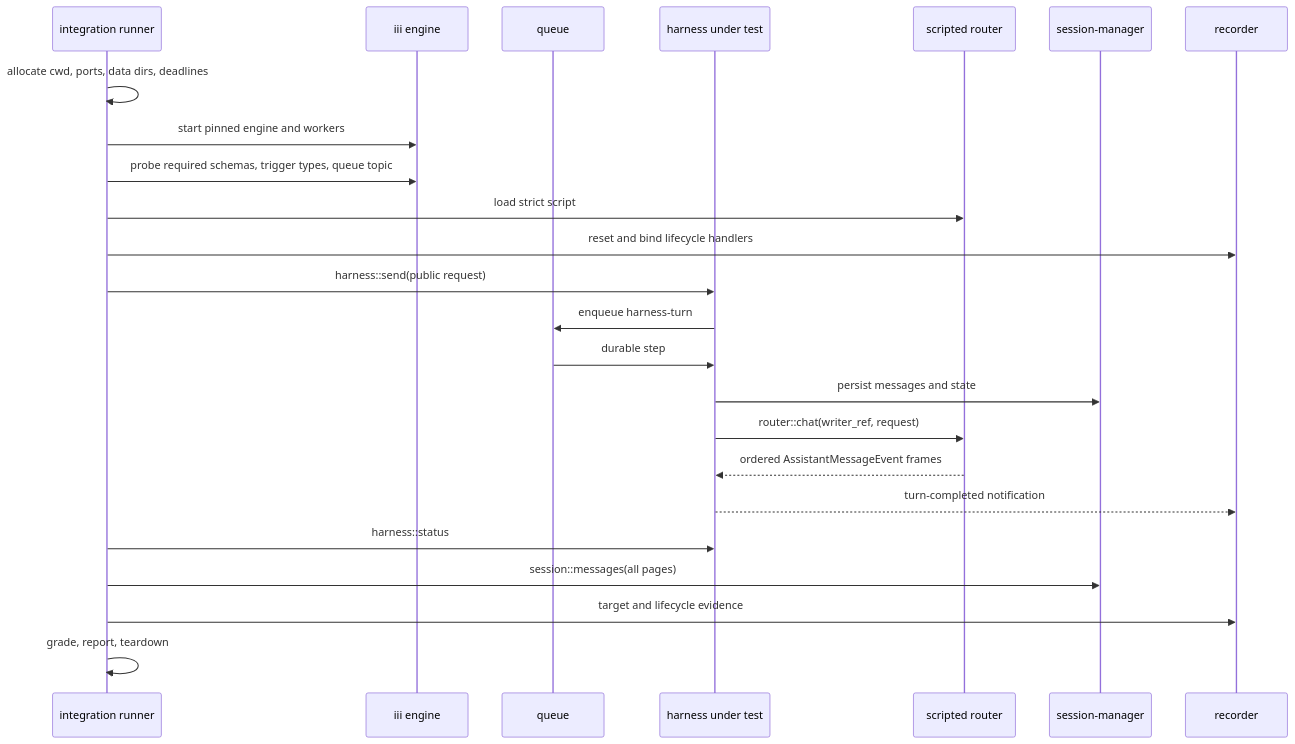
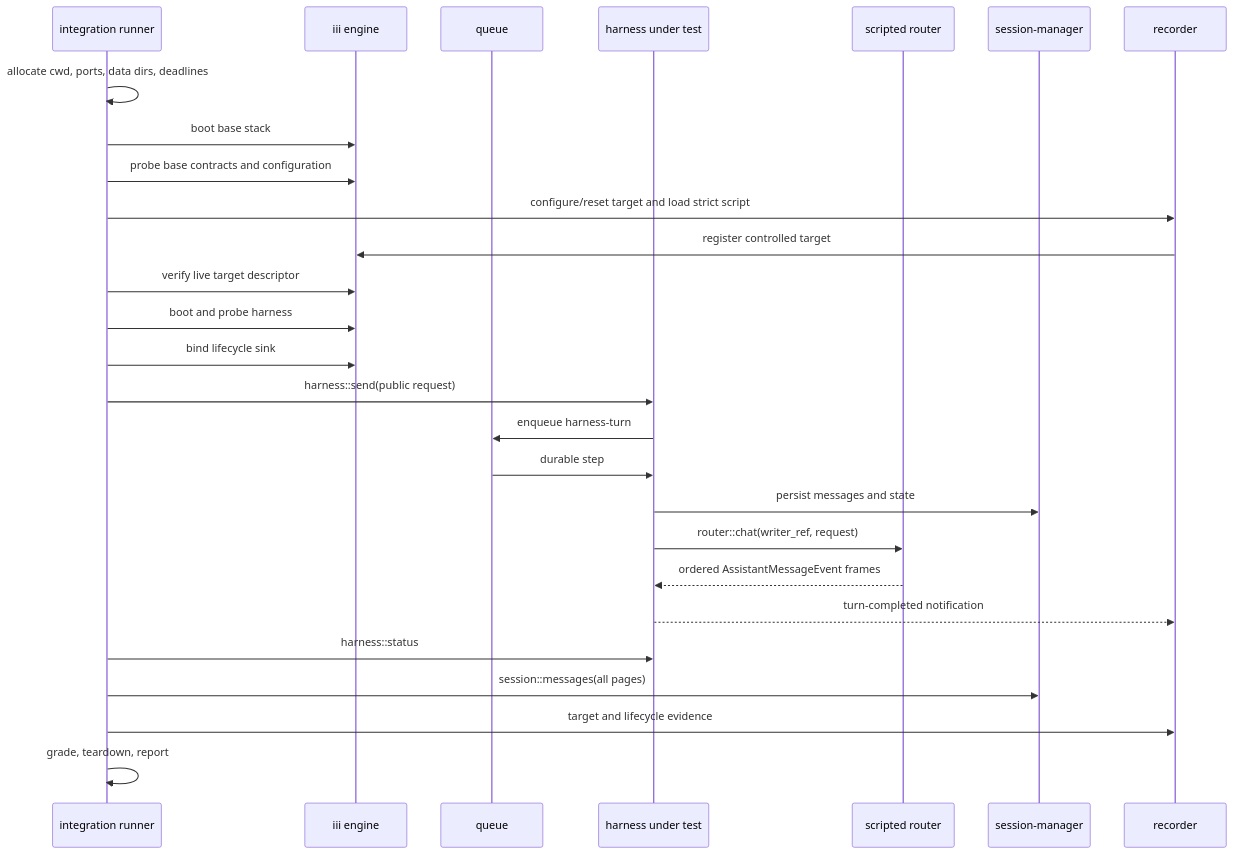
The diagram in tech-specs/2026-07-15-harness-evaluation/integration-e2e.md (iii-hq/iii), drawn with Mermaid before and after one commit. The commit also changed other lines of this file and 22 other files, not shown here.

````diff
--- a/tech-specs/2026-07-15-harness-evaluation/integration-e2e.md
+++ b/tech-specs/2026-07-15-harness-evaluation/integration-e2e.md
@@ -108,27 +123,30 @@
 ```mermaid
 sequenceDiagram
   participant R as integration runner
   participant E as iii engine
   participant Q as queue
   participant H as harness under test
   participant X as scripted router
   participant S as session-manager
   participant C as recorder
 
   R->>R: allocate cwd, ports, data dirs, deadlines
-  R->>E: start pinned engine and workers
-  R->>E: probe required schemas, trigger types, queue topic
-  R->>X: load strict script
-  R->>C: reset and bind lifecycle handlers
+  R->>E: boot base stack
+  R->>E: probe base contracts and configuration
+  R->>C: configure/reset target and load strict script
+  C->>E: register controlled target
+  R->>E: verify live target descriptor
+  R->>E: boot and probe harness
+  R->>E: bind lifecycle sink
   R->>H: harness::send(public request)
   H->>Q: enqueue harness-turn
   Q->>H: durable step
   H->>S: persist messages and state
   H->>X: router::chat(writer_ref, request)
   X-->>H: ordered AssistantMessageEvent frames
   H-->>C: turn-completed notification
   R->>H: harness::status
   R->>S: session::messages(all pages)
   R->>C: target and lifecycle evidence
-  R->>R: grade, report, teardown
+  R->>R: grade, teardown, report
 ```
````
